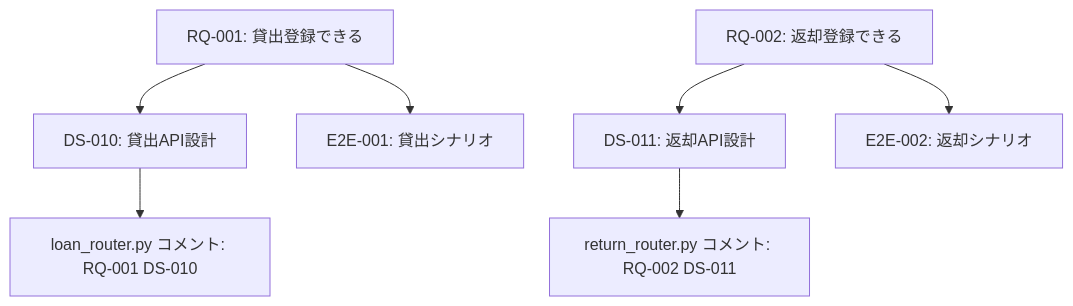
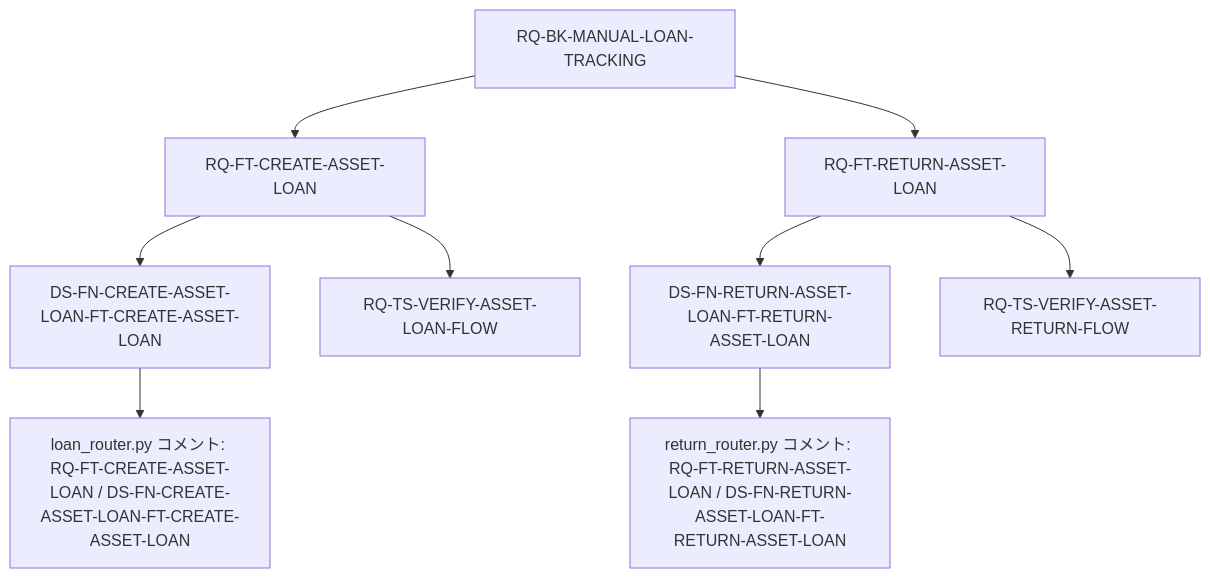
Before and after one commit to notfolder/qiita_article: the fourth of 5 diagrams in article_isdd_dialog_spec_dev.md, drawn with Mermaid. The commit also changed other lines of this file, not shown here.

Commit message:
意図を修正

````diff
--- a/article_isdd_dialog_spec_dev.md
+++ b/article_isdd_dialog_spec_dev.md
@@ -101,9 +122,11 @@
 ```mermaid
 graph TD
-    RQ1[RQ-001: 貸出登録できる] --> DS10[DS-010: 貸出API設計]
-    RQ2[RQ-002: 返却登録できる] --> DS11[DS-011: 返却API設計]
-    DS10 --> C1[loan_router.py コメント: RQ-001 DS-010]
-    DS11 --> C2[return_router.py コメント: RQ-002 DS-011]
-    RQ1 --> T1[E2E-001: 貸出シナリオ]
-    RQ2 --> T2[E2E-002: 返却シナリオ]
+    BK[RQ-BK-MANUAL-LOAN-TRACKING] --> FT1[RQ-FT-CREATE-ASSET-LOAN]
+    BK --> FT2[RQ-FT-RETURN-ASSET-LOAN]
+    FT1 --> DS1[DS-FN-CREATE-ASSET-LOAN-FT-CREATE-ASSET-LOAN]
+    FT2 --> DS2[DS-FN-RETURN-ASSET-LOAN-FT-RETURN-ASSET-LOAN]
+    DS1 --> C1[loan_router.py コメント: RQ-FT-CREATE-ASSET-LOAN / DS-FN-CREATE-ASSET-LOAN-FT-CREATE-ASSET-LOAN]
+    DS2 --> C2[return_router.py コメント: RQ-FT-RETURN-ASSET-LOAN / DS-FN-RETURN-ASSET-LOAN-FT-RETURN-ASSET-LOAN]
+    FT1 --> TS1[RQ-TS-VERIFY-ASSET-LOAN-FLOW]
+    FT2 --> TS2[RQ-TS-VERIFY-ASSET-RETURN-FLOW]
 ```
````
